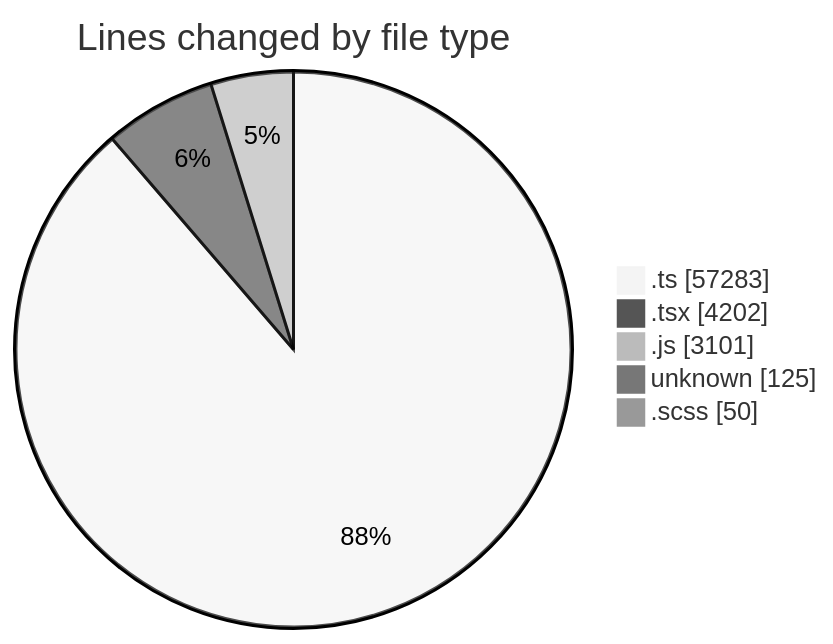
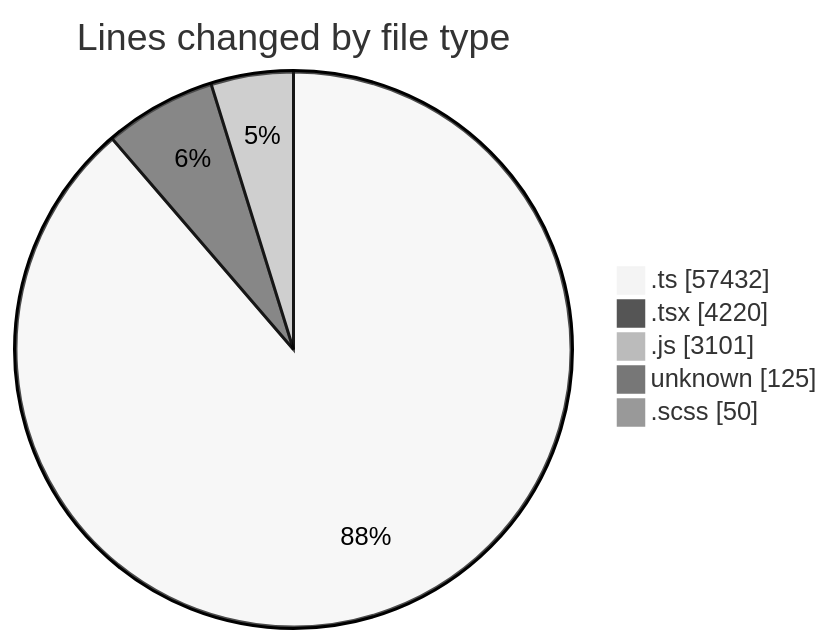
Before and after one commit to momahboobian/code-tracking: the first of 2 diagrams in 2026-09-18/cda/README.md, drawn with Mermaid (neutral theme). The commit also changed other lines of this file and 1 other file, not shown here.

````diff
--- a/2026-09-18/cda/README.md
+++ b/2026-09-18/cda/README.md
@@ -58,9 +58,9 @@
 ```mermaid
 pie showData
 title Lines changed by file type
-".ts" : 57283
-".tsx" : 4202
+".ts" : 57432
+".tsx" : 4220
 ".js" : 3101
 "unknown" : 125
 ".scss" : 50
 ```
````
